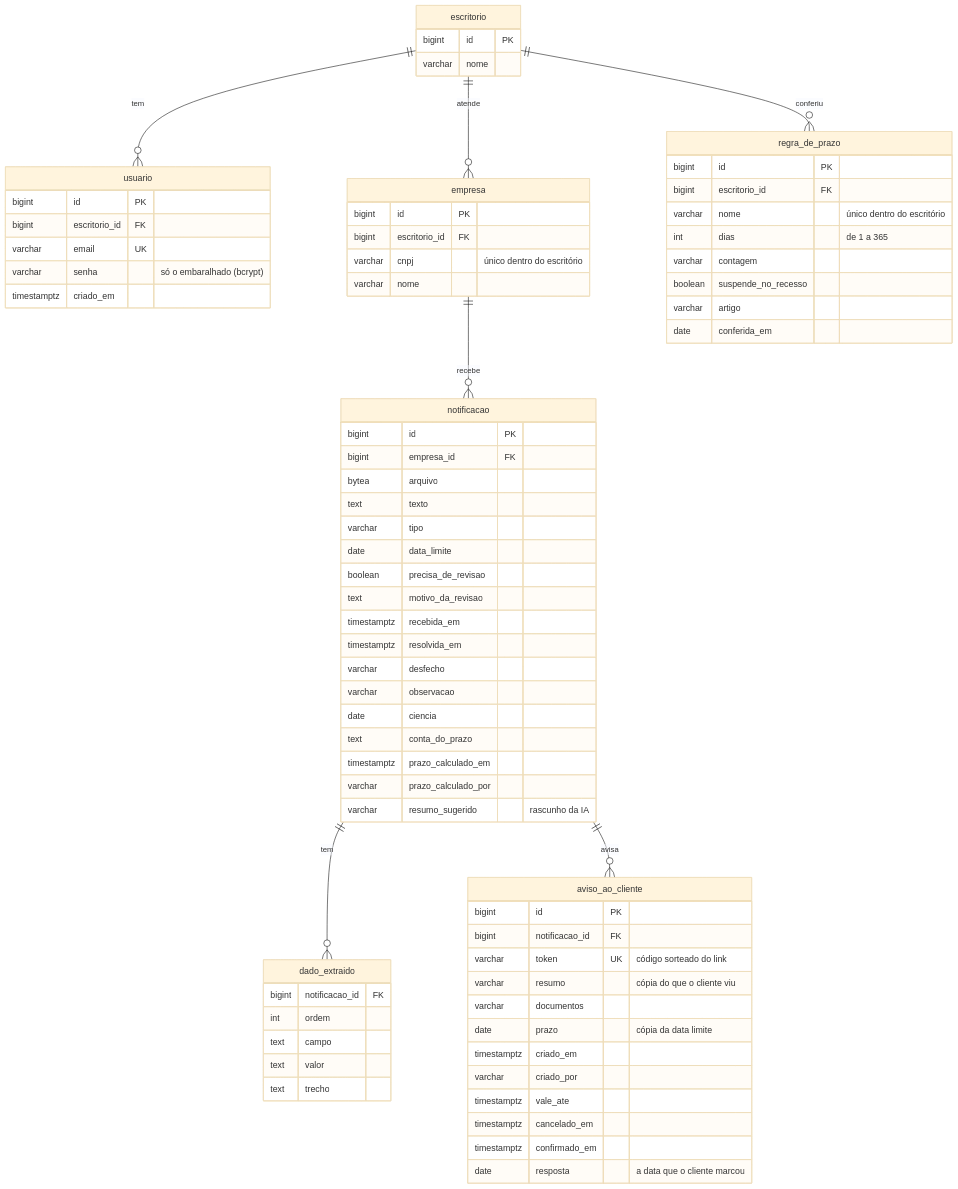
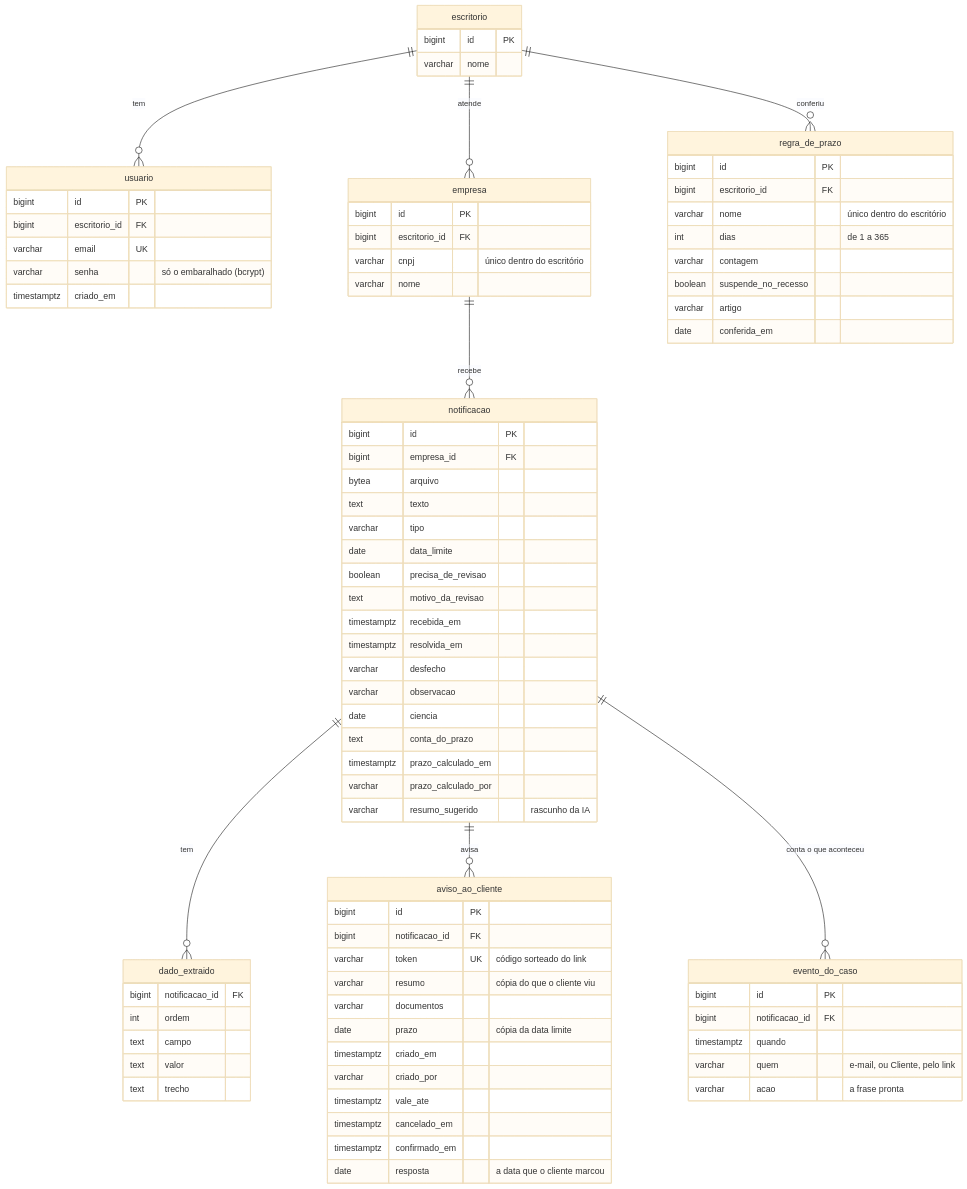
Before and after one commit to namtech-agents/atalaia: the ninth of 9 diagrams in docs/04-arquitetura/arquitetura.md, drawn with Mermaid (base theme). The commit also changed other lines of this file and 1 other file, not shown here.

Commit message:
docs: arquitetura e README com os grupos da tela inicial e o historico do caso (V11)

```diff
--- a/docs/04-arquitetura/arquitetura.md
+++ b/docs/04-arquitetura/arquitetura.md
@@ -573,6 +579,7 @@
     empresa ||--o{ notificacao : "recebe"
     notificacao ||--o{ dado_extraido : "tem"
     notificacao ||--o{ aviso_ao_cliente : "avisa"
+    notificacao ||--o{ evento_do_caso : "conta o que aconteceu"
 
     escritorio {
         bigint id PK
@@ -624,6 +631,13 @@
         timestamptz confirmado_em
         date resposta "a data que o cliente marcou"
     }
+    evento_do_caso {
+        bigint id PK
+        bigint notificacao_id FK
+        timestamptz quando
+        varchar quem "e-mail, ou Cliente, pelo link"
+        varchar acao "a frase pronta"
+    }
     regra_de_prazo {
         bigint id PK
         bigint escritorio_id FK
```
